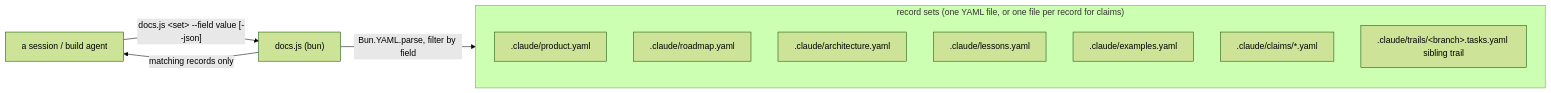
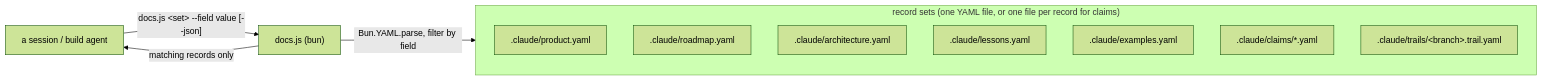
The diagram in skills/outputty/references/product-template.md (outputty/claude-plugin), drawn with Mermaid (forest theme) before and after one commit. The commit also changed other lines of this file and 3 other files, not shown here.

````diff
--- a/skills/outputty/references/product-template.md
+++ b/skills/outputty/references/product-template.md
@@ -178,15 +178,15 @@
 ```mermaid
 flowchart LR
     subgraph sets ["record sets (one YAML file, or one file per record for claims)"]
         product[".claude/product.yaml"]
         roadmap[".claude/roadmap.yaml"]
         architecture[".claude/architecture.yaml"]
         lessons[".claude/lessons.yaml"]
         examples[".claude/examples.yaml"]
         claims[".claude/claims/*.yaml"]
-        trail[".claude/trails/&lt;branch&gt;.tasks.yaml sibling trail"]
+        trail[".claude/trails/&lt;branch&gt;.trail.yaml"]
     end
     reader["a session / build agent"] -->|"docs.js &lt;set&gt; --field value [--json]"| docsjs["docs.js (bun)"]
     docsjs -->|"Bun.YAML.parse, filter by field"| sets
     docsjs -->|"matching records only"| reader
 ```
````
